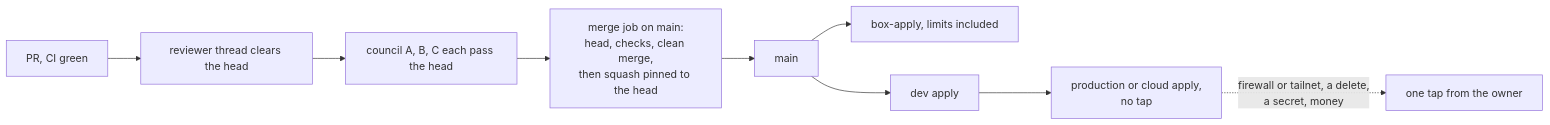
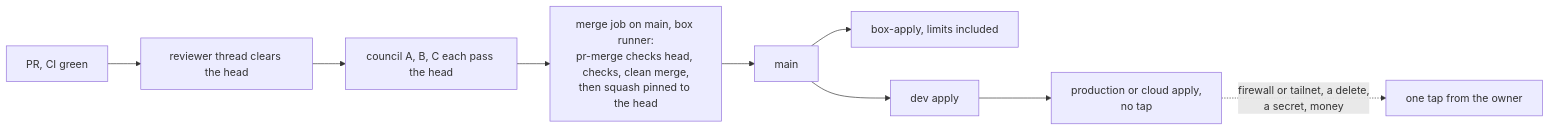
Before and after one commit to jonhill90/central-hub: the diagram in docs/decisions/0042-let-agents-approve-every-reversible-change-in-the-owners-place.md, drawn with Mermaid. The commit also changed other lines of this file and 9 other files, not shown here.

First line of the commit message:
fix: run the merge job on the box's runner through pr-merge, so its token stays read-only

````diff
--- a/docs/decisions/0042-let-agents-approve-every-reversible-change-in-the-owners-place.md
+++ b/docs/decisions/0042-let-agents-approve-every-reversible-change-in-the-owners-place.md
@@ -55,11 +55,11 @@
 ```mermaid
 flowchart LR
   pr["PR, CI green"] --> rv["reviewer thread clears the head"]
   rv --> cn["council A, B, C each pass the head"]
-  cn --> job["merge job on main:<br/>head, checks, clean merge,<br/>then squash pinned to the head"]
+  cn --> job["merge job on main, box runner:<br/>pr-merge checks head, checks, clean merge,<br/>then squash pinned to the head"]
   job --> main["main"]
   main --> box["box-apply, limits included"]
   main --> dev["dev apply"]
   dev --> prod["production or cloud apply,<br/>no tap"]
   prod -. "firewall or tailnet, a delete,<br/>a secret, money" .-> tap["one tap from the owner"]
 ```
````
